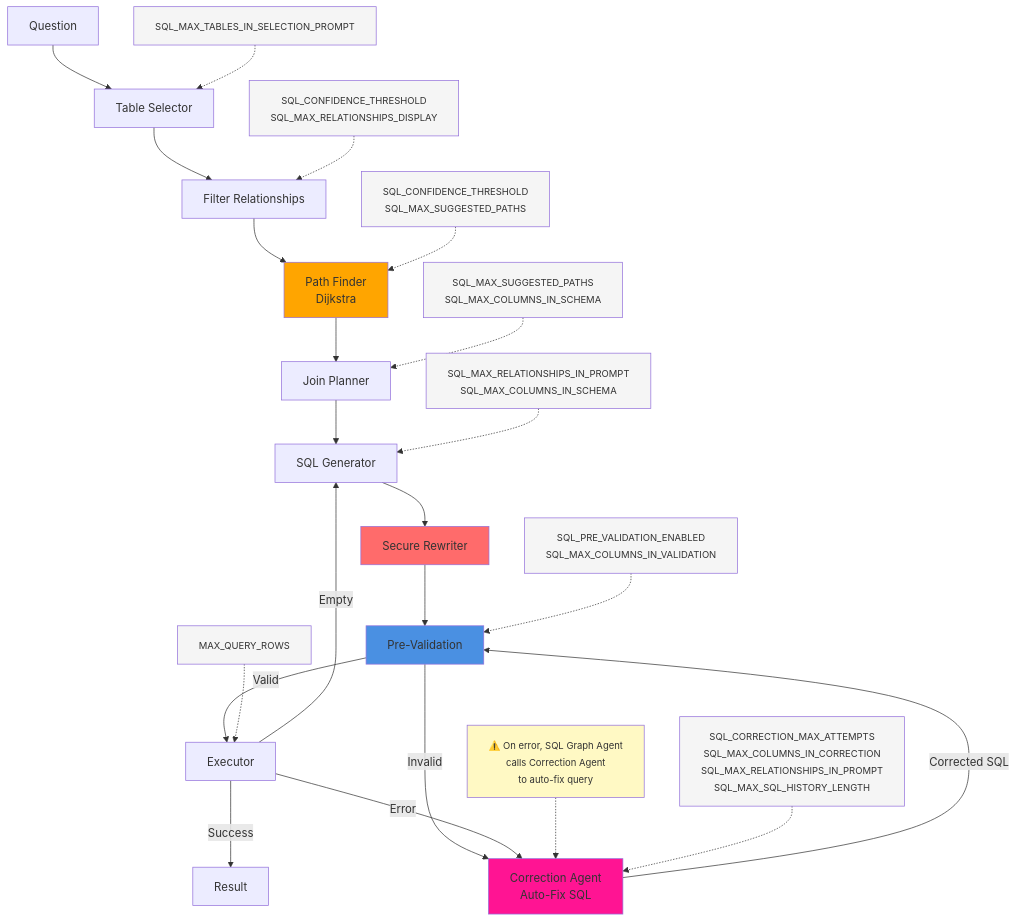
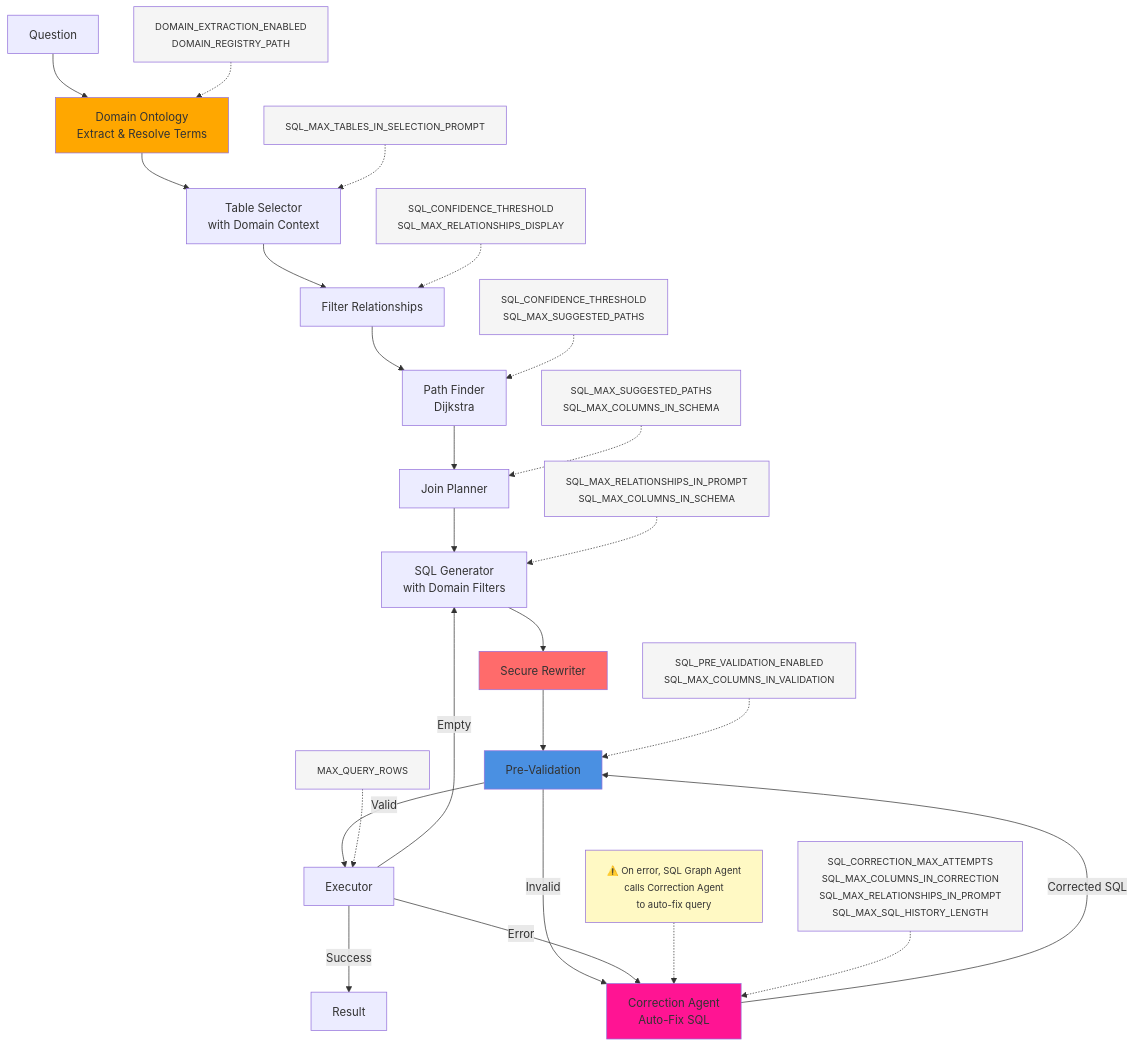
Before and after one commit to sandinosaso/advanced-ai-agent: the fourth of 16 diagrams in docs/ARCHITECTURE.md, drawn with Mermaid. The commit also changed other lines of this file and 7 other files, not shown here.

````diff
--- a/docs/ARCHITECTURE.md
+++ b/docs/ARCHITECTURE.md
@@ -164,41 +168,44 @@
 ```mermaid
 graph TB
-    A[Question] --> B[Table Selector]
+    A[Question] --> A1[Domain Ontology<br/>Extract & Resolve Terms]
+    A1 --> B[Table Selector<br/>with Domain Context]
     B --> C[Filter Relationships]
     C --> D[Path Finder<br/>Dijkstra]
     D --> E[Join Planner]
-    E --> F[SQL Generator]
+    E --> F[SQL Generator<br/>with Domain Filters]
     F --> G[Secure Rewriter]
     G --> H[Pre-Validation]
     H -->|Valid| I[Executor]
     H -->|Invalid| J[Correction Agent<br/>Auto-Fix SQL]
     J -->|Corrected SQL| H
     I -->|Success| K[Result]
     I -->|Error| J
     I -->|Empty| F
     
     note1["<small>⚠️ On error, SQL Graph Agent<br/>calls Correction Agent<br/>to auto-fix query</small>"] -.-> J
     
+    A2["<small>DOMAIN_EXTRACTION_ENABLED<br/>DOMAIN_REGISTRY_PATH</small>"] -.-> A1
     B2["<small>SQL_MAX_TABLES_IN_SELECTION_PROMPT</small>"] -.-> B
     C2["<small>SQL_CONFIDENCE_THRESHOLD<br/>SQL_MAX_RELATIONSHIPS_DISPLAY</small>"] -.-> C
     D2["<small>SQL_CONFIDENCE_THRESHOLD<br/>SQL_MAX_SUGGESTED_PATHS</small>"] -.-> D
     E2["<small>SQL_MAX_SUGGESTED_PATHS<br/>SQL_MAX_COLUMNS_IN_SCHEMA</small>"] -.-> E
     F2["<small>SQL_MAX_RELATIONSHIPS_IN_PROMPT<br/>SQL_MAX_COLUMNS_IN_SCHEMA</small>"] -.-> F
     H2["<small>SQL_PRE_VALIDATION_ENABLED<br/>SQL_MAX_COLUMNS_IN_VALIDATION</small>"] -.-> H
     I2["<small>MAX_QUERY_ROWS</small>"] -.-> I
     J2["<small>SQL_CORRECTION_MAX_ATTEMPTS<br/>SQL_MAX_COLUMNS_IN_CORRECTION<br/>SQL_MAX_RELATIONSHIPS_IN_PROMPT<br/>SQL_MAX_SQL_HISTORY_LENGTH</small>"] -.-> J
     
-    style D fill:#FFA500
+    style A1 fill:#FFA700
     style G fill:#FF6B6B
     style H fill:#4A90E2
     style J fill:#FF1493
+    style A2 fill:#F5F5F5
     style B2 fill:#F5F5F5
     style C2 fill:#F5F5F5
     style D2 fill:#F5F5F5
     style E2 fill:#F5F5F5
     style F2 fill:#F5F5F5
     style H2 fill:#F5F5F5
     style I2 fill:#F5F5F5
     style J2 fill:#F5F5F5
     style note1 fill:#FFF9C4
 ```
````
